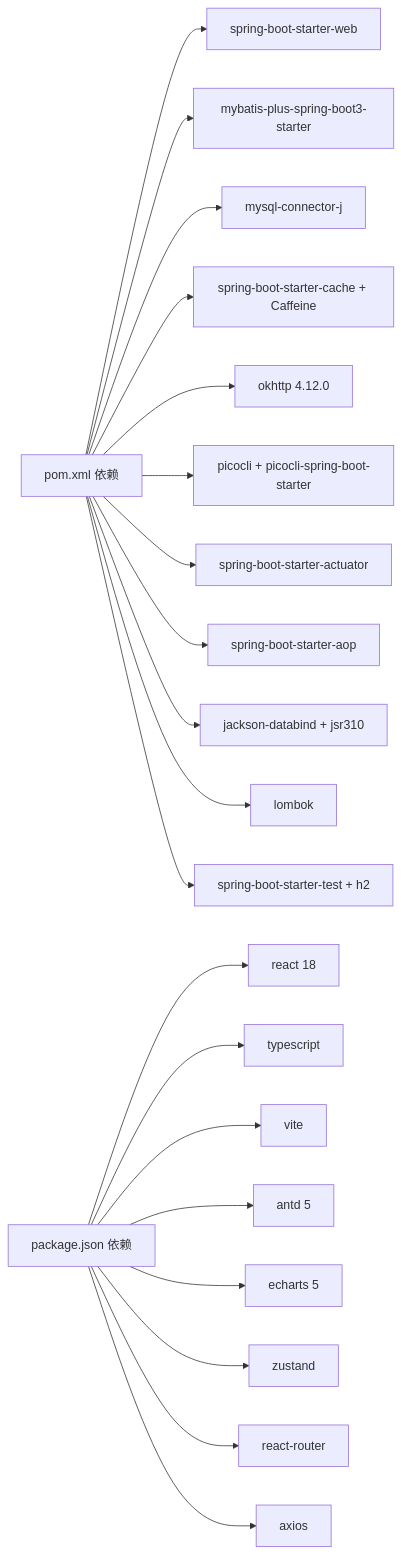
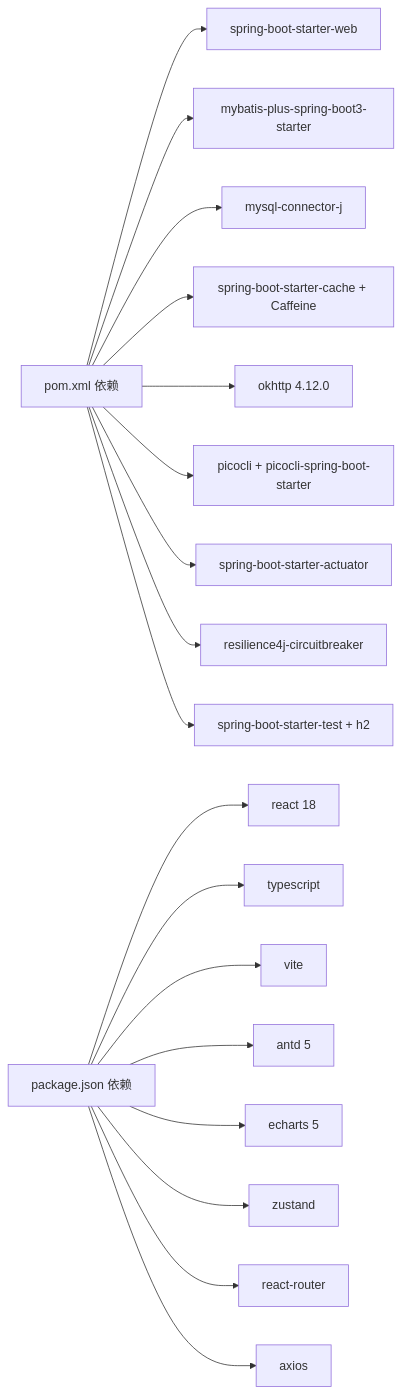
One commit to gree-coder/fund-butler changed the seventh of 7 diagrams in .qoder/repowiki/zh/content/Agents Maintenance.md. Above: the diagram before and after it, drawn with Mermaid. The commit also changed other lines of this file and 7 other files, not shown here.

Commit message:
fix: 修复收益趋势图全0问题，实现历史收益计算逻辑

````diff
--- a/.qoder/repowiki/zh/content/Agents Maintenance.md
+++ b/.qoder/repowiki/zh/content/Agents Maintenance.md
@@ -288,22 +370,20 @@
 ```mermaid
 graph LR
 POM["pom.xml 依赖"] --> WEB["spring-boot-starter-web"]
 POM --> MP["mybatis-plus-spring-boot3-starter"]
 POM --> MYSQL["mysql-connector-j"]
 POM --> CACHE["spring-boot-starter-cache + Caffeine"]
 POM --> OKHTTP["okhttp 4.12.0"]
 POM --> PICOC["picocli + picocli-spring-boot-starter"]
 POM --> ACT["spring-boot-starter-actuator"]
-POM --> AOP["spring-boot-starter-aop"]
-POM --> JACK["jackson-databind + jsr310"]
-POM --> LOMBOK["lombok"]
+POM --> CB["resilience4j-circuitbreaker"]
 POM --> TEST["spring-boot-starter-test + h2"]
 FE_PKG["package.json 依赖"] --> REACT["react 18"]
 FE_PKG --> TS["typescript"]
 FE_PKG --> VITE["vite"]
 FE_PKG --> ANT["antd 5"]
 FE_PKG --> ECHARTS["echarts 5"]
 FE_PKG --> ZUSTAND["zustand"]
 FE_PKG --> ROUTER["react-router"]
 FE_PKG --> AXIOS["axios"]
 ```
````
